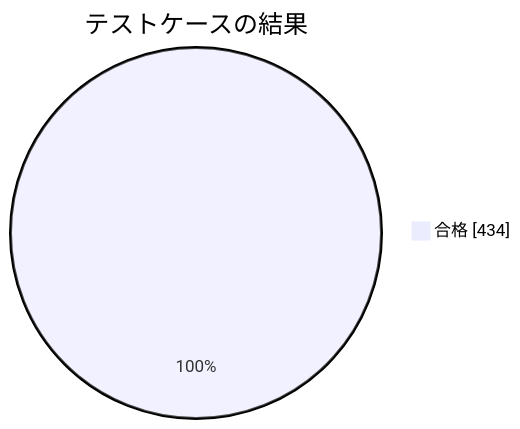
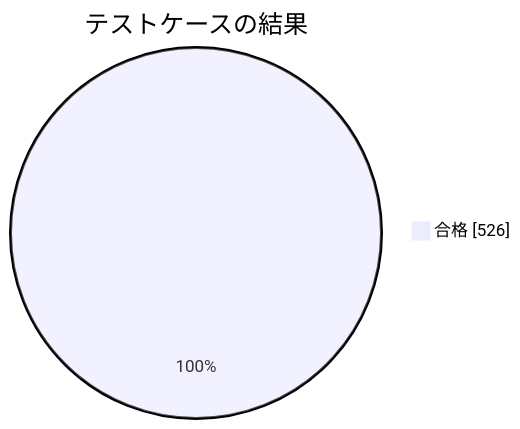
One commit to pocarialice/rpglearning changed the second of 3 diagrams in documents/モジュールテスト結果報告書_RPG学習アプリ.md. Above: the diagram before and after it, drawn with Mermaid. The commit also changed other lines of this file and 1 other file, not shown here.

````diff
--- a/documents/モジュールテスト結果報告書_RPG学習アプリ.md
+++ b/documents/モジュールテスト結果報告書_RPG学習アプリ.md
@@ -60,4 +60,4 @@
 ```mermaid
 pie showData title テストケースの結果
-  "合格" : 434
+  "合格" : 526
 ```
````
